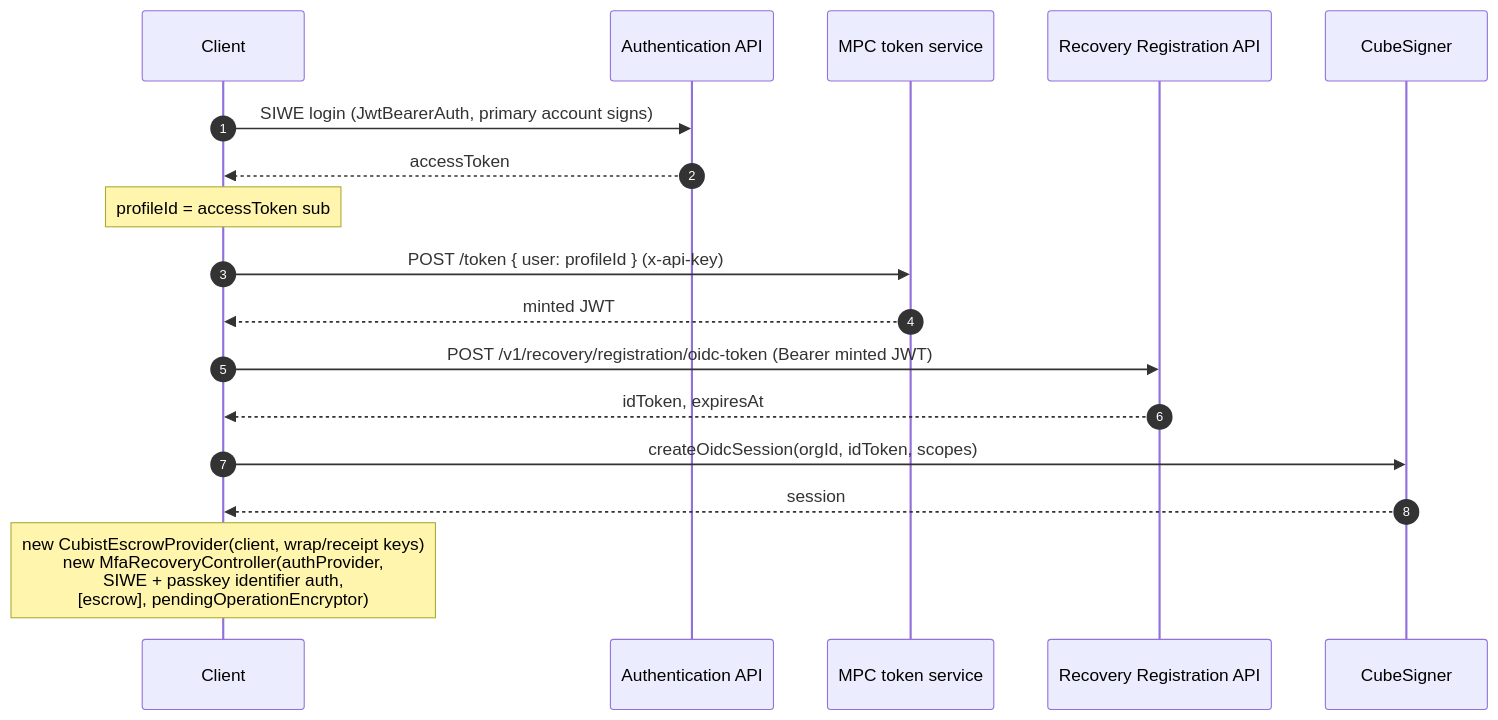
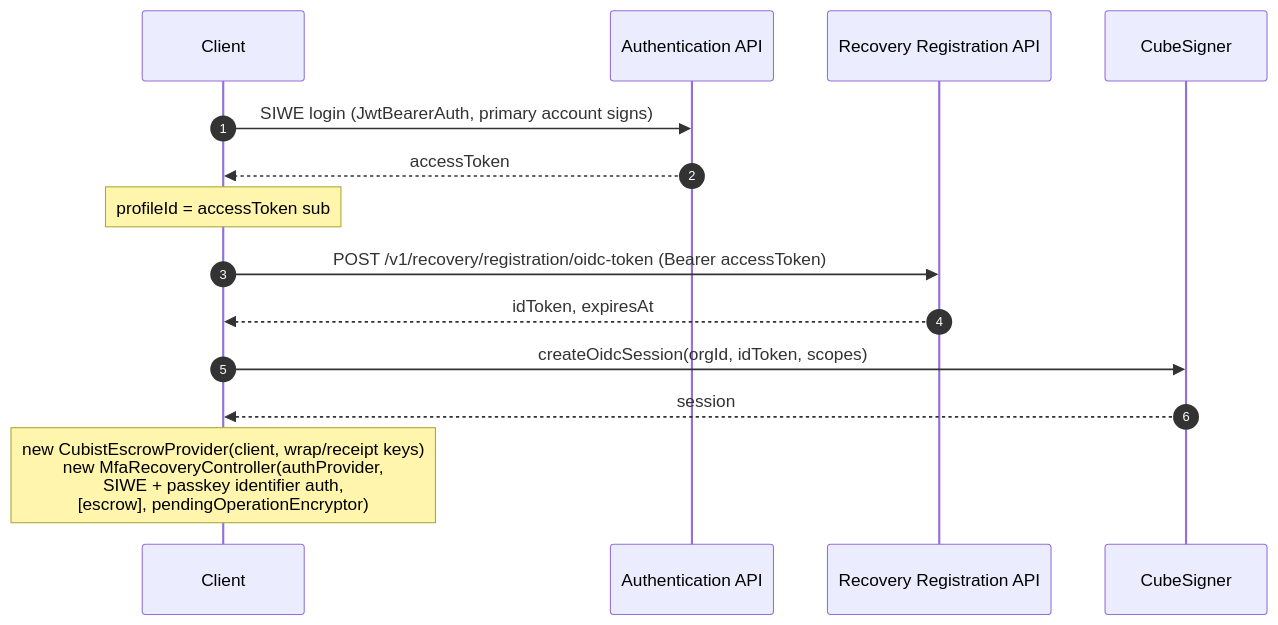
Before and after one commit to MetaMask/core: the second of 5 diagrams in packages/mfa-recovery-controller/CUBIST_TEST_SEQUENCE.md, drawn with Mermaid. The commit also changed other lines of this file, not shown here.

First line of the commit message:
docs(mfa-recovery-controller): update CUBIST_TEST_SEQUENCE.md with new sequence diagrams and clarifications

````diff
--- a/packages/mfa-recovery-controller/CUBIST_TEST_SEQUENCE.md
+++ b/packages/mfa-recovery-controller/CUBIST_TEST_SEQUENCE.md
@@ -59,20 +59,17 @@
 ```mermaid
 sequenceDiagram
   autonumber
   participant Client
   participant AuthAPI as Authentication API
-  participant Token as MPC token service
   participant Reg as Recovery Registration API
   participant Cubist as CubeSigner
 
   Client->>AuthAPI: SIWE login (JwtBearerAuth, primary account signs)
   AuthAPI-->>Client: accessToken
   Note over Client: profileId = accessToken sub
-  Client->>Token: POST /token { user: profileId } (x-api-key)
-  Token-->>Client: minted JWT
-  Client->>Reg: POST /v1/recovery/registration/oidc-token (Bearer minted JWT)
+  Client->>Reg: POST /v1/recovery/registration/oidc-token (Bearer accessToken)
   Reg-->>Client: idToken, expiresAt
   Client->>Cubist: createOidcSession(orgId, idToken, scopes)
   Cubist-->>Client: session
   Note over Client: new CubistEscrowProvider(client, wrap/receipt keys)<br/>new MfaRecoveryController(authProvider,<br/>SIWE + passkey identifier auth,<br/>[escrow], pendingOperationEncryptor)
 ```
````
